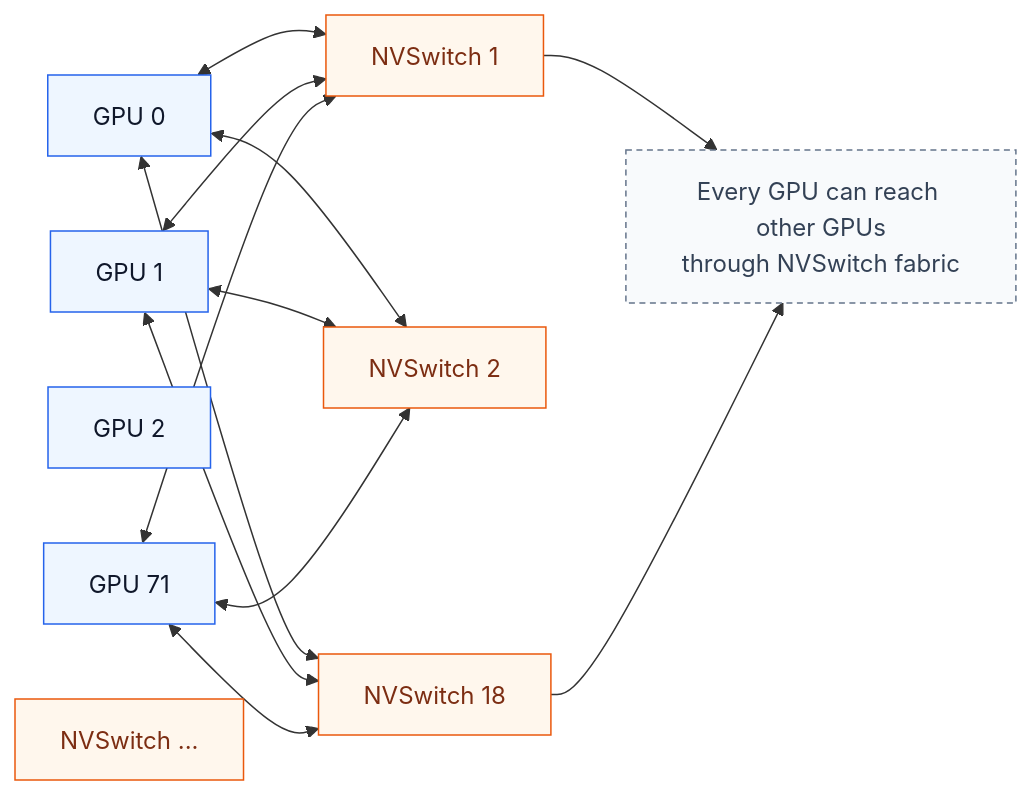
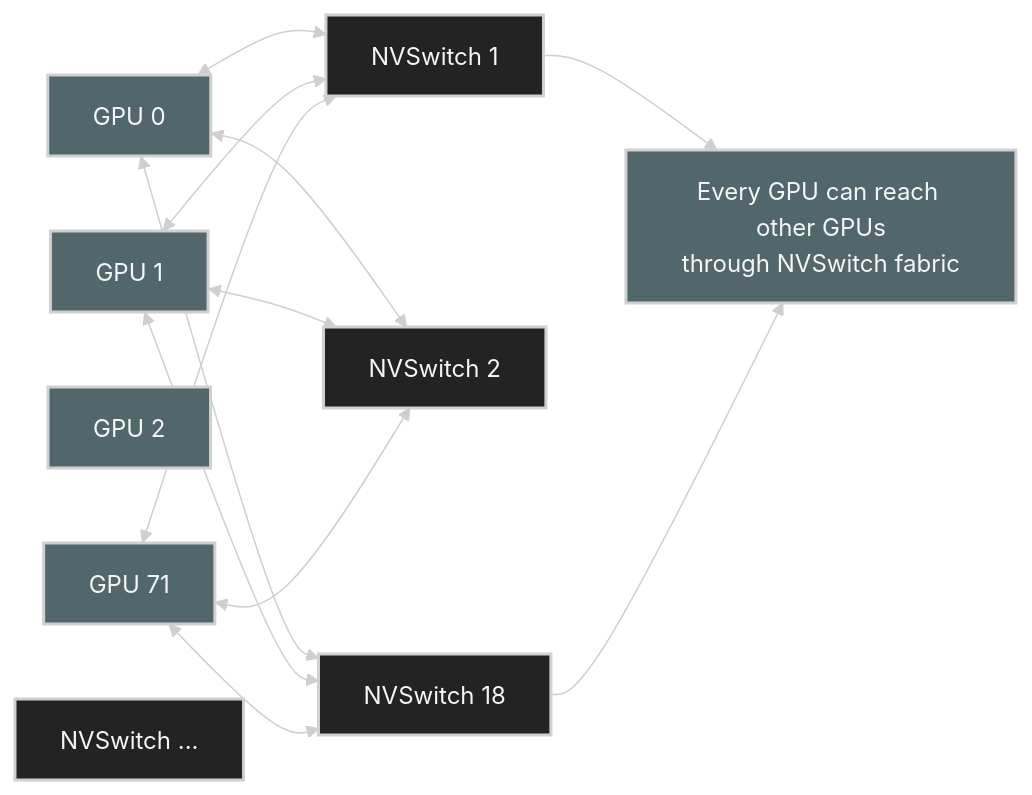
The tenth of 15 diagrams in ai-system-performance-engineering/chap02/README.md (ziwon/ai-data-center-network), drawn with Mermaid before and after one commit. The commit also changed other lines of this file and 35 other files, not shown here.

Commit message:
docs(mermaid): apply dark diagram style

````diff
--- a/ai-system-performance-engineering/chap02/README.md
+++ b/ai-system-performance-engineering/chap02/README.md
@@ -511,33 +520,34 @@
 ```mermaid
+%%{init: {"theme": "base", "themeVariables": {"background": "#171717", "primaryColor": "#232323", "primaryTextColor": "#f5f5f5", "primaryBorderColor": "#d0d0d0", "lineColor": "#cfcfcf", "fontFamily": "Inter, Arial, sans-serif"}}}%%
 flowchart LR
-    classDef gpu fill:#eef6ff,stroke:#2563eb,color:#0f172a
-    classDef sw fill:#fff7ed,stroke:#ea580c,color:#7c2d12
-    classDef note fill:#f8fafc,stroke:#64748b,stroke-dasharray:4 3,color:#334155
+    classDef gpu fill:#52676b,stroke:#d0d0d0,color:#f5f5f5,stroke-width:2px;
+    classDef sw fill:#232323,stroke:#d0d0d0,color:#f5f5f5,stroke-width:2px;
+    classDef note fill:#52676b,stroke:#d0d0d0,color:#f5f5f5,stroke-width:2px;
 
     G0[GPU 0]:::gpu
     G1[GPU 1]:::gpu
     G2[GPU 2]:::gpu
     G72[GPU 71]:::gpu
 
     S1[NVSwitch 1]:::sw
     S2[NVSwitch 2]:::sw
     SX[NVSwitch ...]:::sw
     S18[NVSwitch 18]:::sw
 
     N[Every GPU can reach other GPUs<br/>through NVSwitch fabric]:::note
 
     G0 <--> S1
     G0 <--> S2
     G0 <--> S18
 
     G1 <--> S1
     G1 <--> S2
     G1 <--> S18
 
     G72 <--> S1
     G72 <--> S2
     G72 <--> S18
 
     S1 --> N
     S18 --> N
 ```
````
